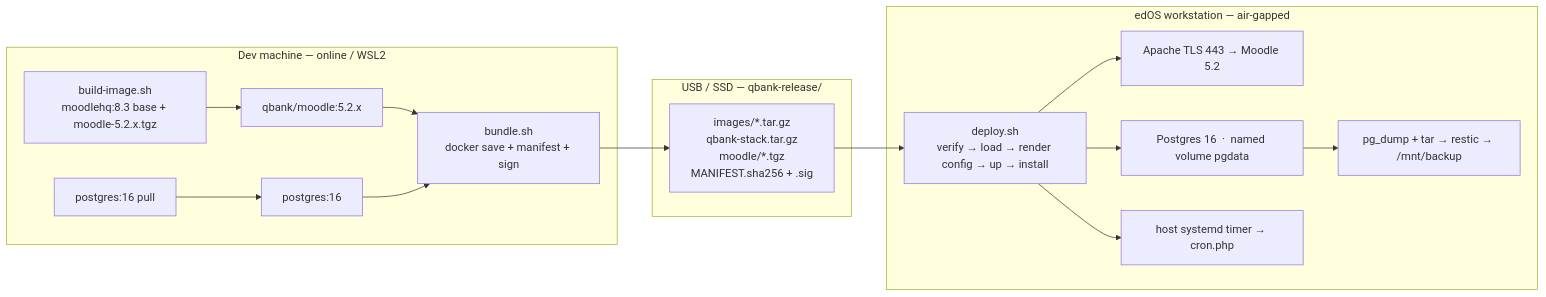
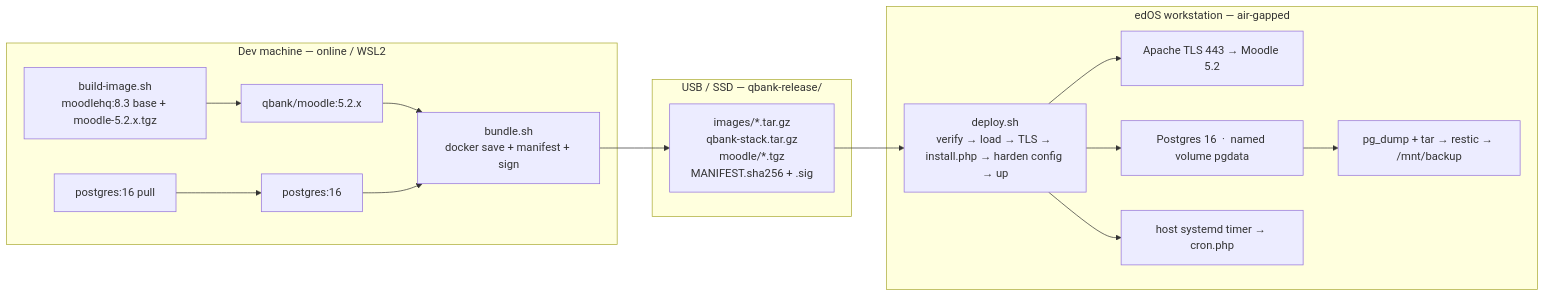
One commit to ahmedse/carbon changed the diagram in docs/MOODLE-DOCKER.md. Above: the diagram before and after it, drawn with Mermaid. The commit also changed other lines of this file and 8 other files, not shown here.

````diff
--- a/docs/MOODLE-DOCKER.md
+++ b/docs/MOODLE-DOCKER.md
@@ -13,21 +13,21 @@
 ```mermaid
 flowchart LR
   subgraph Dev[Dev machine — online / WSL2]
     A[build-image.sh<br/>moodlehq:8.3 base + moodle-5.2.x.tgz] --> I[qbank/moodle:5.2.x]
     B[postgres:16 pull] --> P[postgres:16]
     I --> S[bundle.sh<br/>docker save + manifest + sign]
     P --> S
   end
   subgraph Stick[USB / SSD — qbank-release/]
     M[images/*.tar.gz<br/>qbank-stack.tar.gz<br/>moodle/*.tgz<br/>MANIFEST.sha256 + .sig]
   end
   subgraph WS[edOS workstation — air-gapped]
-    D[deploy.sh<br/>verify → load → render config → up → install]
+    D[deploy.sh<br/>verify → load → TLS → install.php → harden config → up]
     E[Apache TLS 443 → Moodle 5.2]
     F[Postgres 16  ·  named volume pgdata]
     G[host systemd timer → cron.php]
     H[pg_dump + tar → restic → /mnt/backup]
   end
   S --> M --> D --> E & F & G
   F --> H
 ```
````
